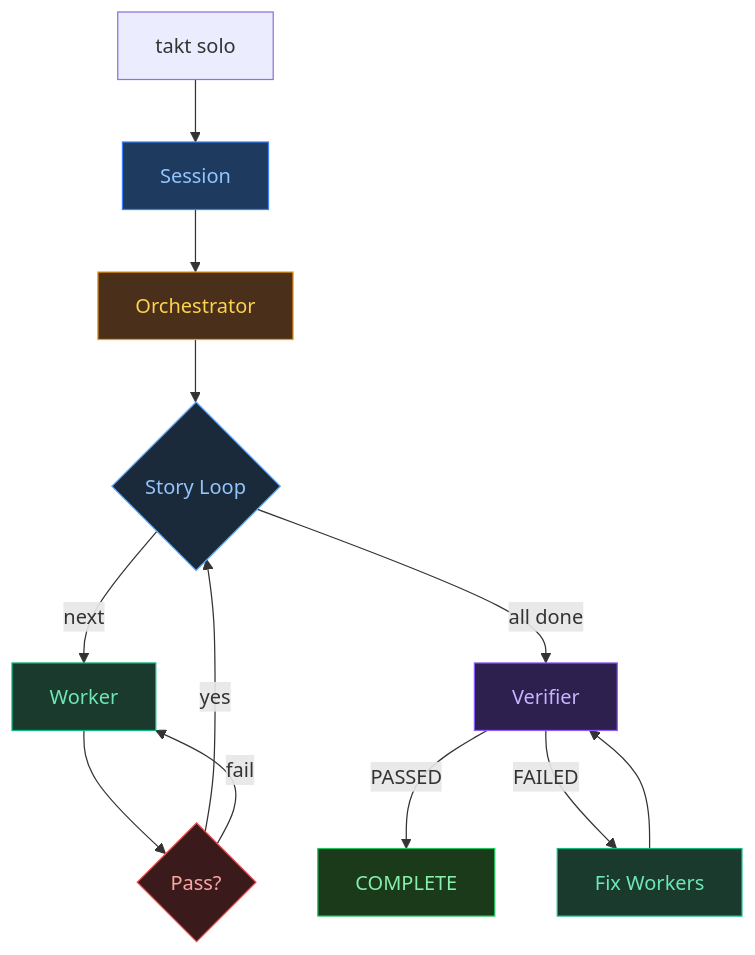
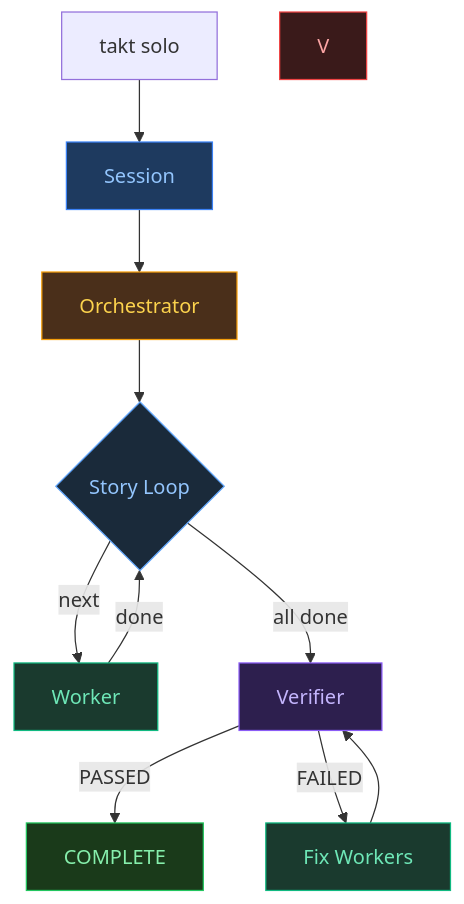
One commit to Sebstrdigital/takt changed the third of 4 diagrams in README.md. Above: the diagram before and after it, drawn with Mermaid.

Commit message:
fix: remove retry edge crossing in solo mermaid diagram
Drop the Pass?/fail loop — retry is an implementation detail covered
in prose. Keeps the diagram clean with no edge crossings.

````diff
--- a/README.md
+++ b/README.md
@@ -107,23 +107,21 @@
 ```mermaid
 graph TD
     U["takt solo"] --> S["Session"]
     S --> O["Orchestrator"]
     O --> L{"Story Loop"}
     L -- "next" --> W["Worker"]
-    W --> V{"Pass?"}
-    V -- "yes" --> L
-    V -- "fail" --> W
+    W -- "done" --> L
     L -- "all done" --> SV["Verifier"]
     SV -- "PASSED" --> C["COMPLETE"]
     SV -- "FAILED" --> FW["Fix Workers"]
     FW --> SV
 
     style S fill:#1e3a5f,stroke:#3b82f6,color:#93c5fd
     style O fill:#4a2f1a,stroke:#f59e0b,color:#fcd34d
     style W fill:#1a3a2e,stroke:#10b981,color:#6ee7b7
     style FW fill:#1a3a2e,stroke:#10b981,color:#6ee7b7
     style SV fill:#2d1f4e,stroke:#8b5cf6,color:#c4b5fd
     style C fill:#1a3a1a,stroke:#22c55e,color:#86efac
     style L fill:#1a2a3a,stroke:#60a5fa,color:#93c5fd
     style V fill:#3a1a1a,stroke:#ef4444,color:#fca5a5
 ```
````
